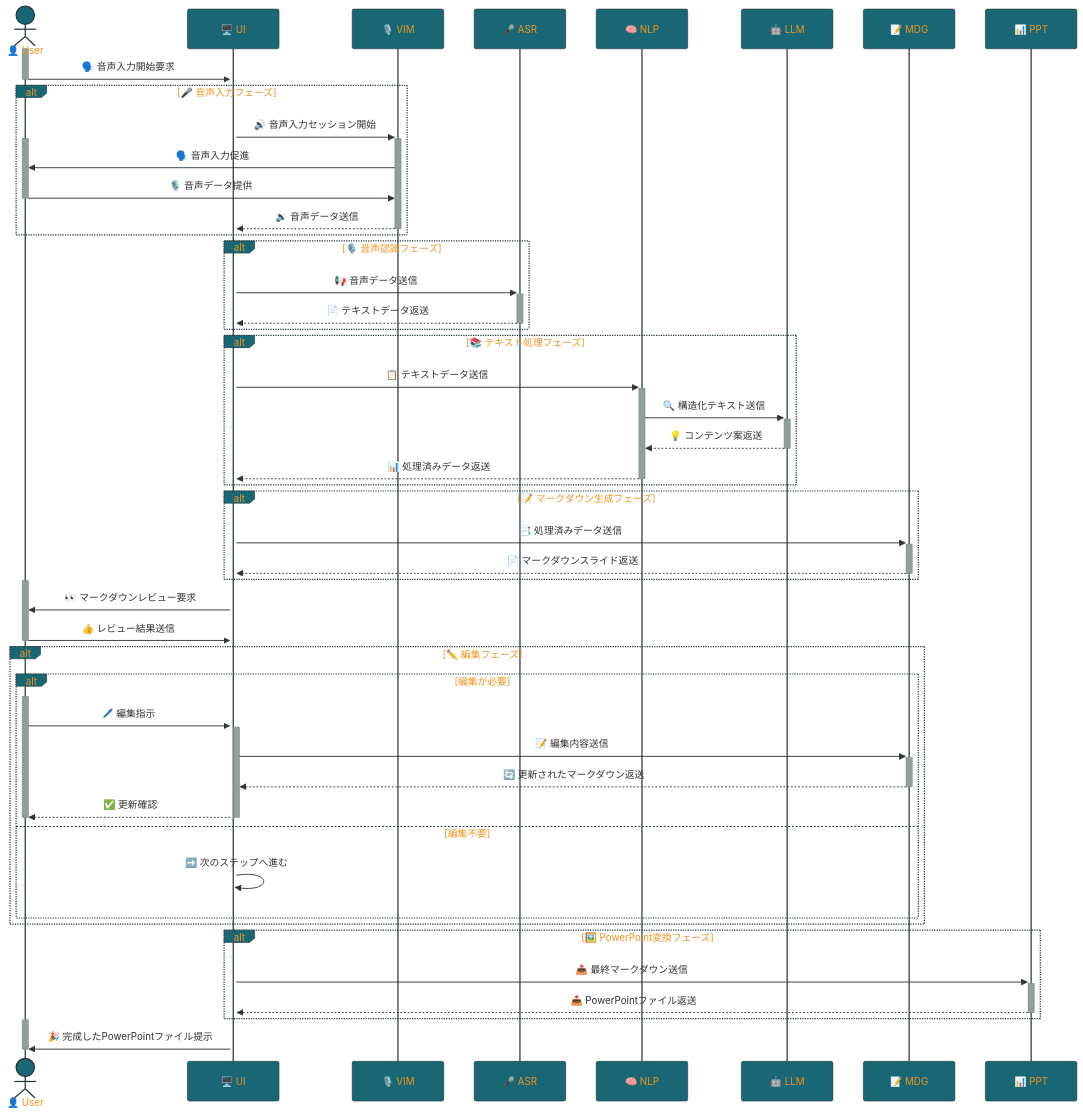
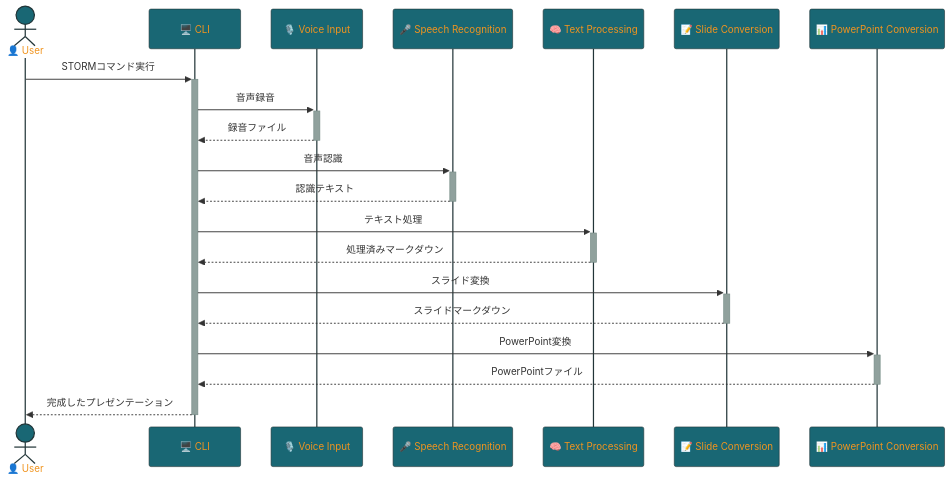
Before and after one commit to Sunwood-ai-labs/STORM: the diagram in README.md, drawn with Mermaid. The commit also changed other lines of this file, not shown here.

````diff
--- a/README.md
+++ b/README.md
@@ -200,70 +155,26 @@
 ```mermaid
 %%{init: {'theme': 'base', 'themeVariables': { 'primaryColor': '#196774', 'secondaryColor': '#90A19D', 'tertiaryColor': '#F0941F', 'noteTextColor': '#363432', 'noteBkgColor': '#EF6024', 'activationBkgColor': '#90A19D', 'sequenceNumberColor': '#363432', 'actorBkg': '#196774', 'actorTextColor': '#F0941F'}}}%%
 
+
 sequenceDiagram
     actor User as 👤 User
-    participant UI as 🖥️ UI
-    participant VIM as 🎙️ VIM
-    participant ASR as 🎤 ASR
-    participant NLP as 🧠 NLP
-    participant LLM as 🤖 LLM
-    participant MDG as 📝 MDG
-    participant PPT as 📊 PPT
+    participant CLI as 🖥️ CLI
+    participant VIM as 🎙️ Voice Input
+    participant ASR as 🎤 Speech Recognition
+    participant TP as 🧠 Text Processing
+    participant SC as 📝 Slide Conversion
+    participant PPT as 📊 PowerPoint Conversion
 
-    activate User
-    User->>+UI: 🗣️ 音声入力開始要求
-    deactivate User
-
-    alt 🎤 音声入力フェーズ
-        UI->>+VIM: 🔊 音声入力セッション開始
-        activate User
-        VIM->>User: 🗣️ 音声入力促進
-        User->>VIM: 🎙️ 音声データ提供
-        deactivate User
-        VIM-->>-UI: 🔉 音声データ送信
-    end
-
-    alt 🎙️ 音声認識フェーズ
-        UI->>+ASR: 📢 音声データ送信
-        ASR-->>-UI: 📄 テキストデータ返送
-    end
-
-    alt 📚 テキスト処理フェーズ
-        UI->>+NLP: 📋 テキストデータ送信
-        NLP->>+LLM: 🔍 構造化テキスト送信
-        LLM-->>-NLP: 💡 コンテンツ案返送
-        NLP-->>-UI: 📊 処理済みデータ返送
-    end
-
-    alt 📝 マークダウン生成フェーズ
-        UI->>+MDG: 📑 処理済みデータ送信
-        MDG-->>-UI: 📄 マークダウンスライド返送
-    end
-
-    activate User
-    UI->>User: 👀 マークダウンレビュー要求
-    User->>UI: 👍 レビュー結果送信
-    deactivate User
-
-    alt ✏️ 編集フェーズ
-        alt 編集が必要
-            activate User
-            User->>+UI: 🖊️ 編集指示
-            UI->>+MDG: 📝 編集内容送信
-            MDG-->>-UI: 🔄 更新されたマークダウン返送
-            UI-->>-User: ✅ 更新確認
-            deactivate User
-        else 編集不要
-            UI->>UI: ➡️ 次のステップへ進む
-        end
-    end
-
-    alt 🖼️ PowerPoint変換フェーズ
-        UI->>+PPT: 📤 最終マークダウン送信
-        PPT-->>-UI: 📥 PowerPointファイル返送
-    end
-
-    activate User
-    UI->>User: 🎉 完成したPowerPointファイル提示
-    deactivate User
+    User->>+CLI: STORMコマンド実行
+    CLI->>+VIM: 音声録音
+    VIM-->>-CLI: 録音ファイル
+    CLI->>+ASR: 音声認識
+    ASR-->>-CLI: 認識テキスト
+    CLI->>+TP: テキスト処理
+    TP-->>-CLI: 処理済みマークダウン
+    CLI->>+SC: スライド変換
+    SC-->>-CLI: スライドマークダウン
+    CLI->>+PPT: PowerPoint変換
+    PPT-->>-CLI: PowerPointファイル
+    CLI-->>-User: 完成したプレゼンテーション
 ```
````
